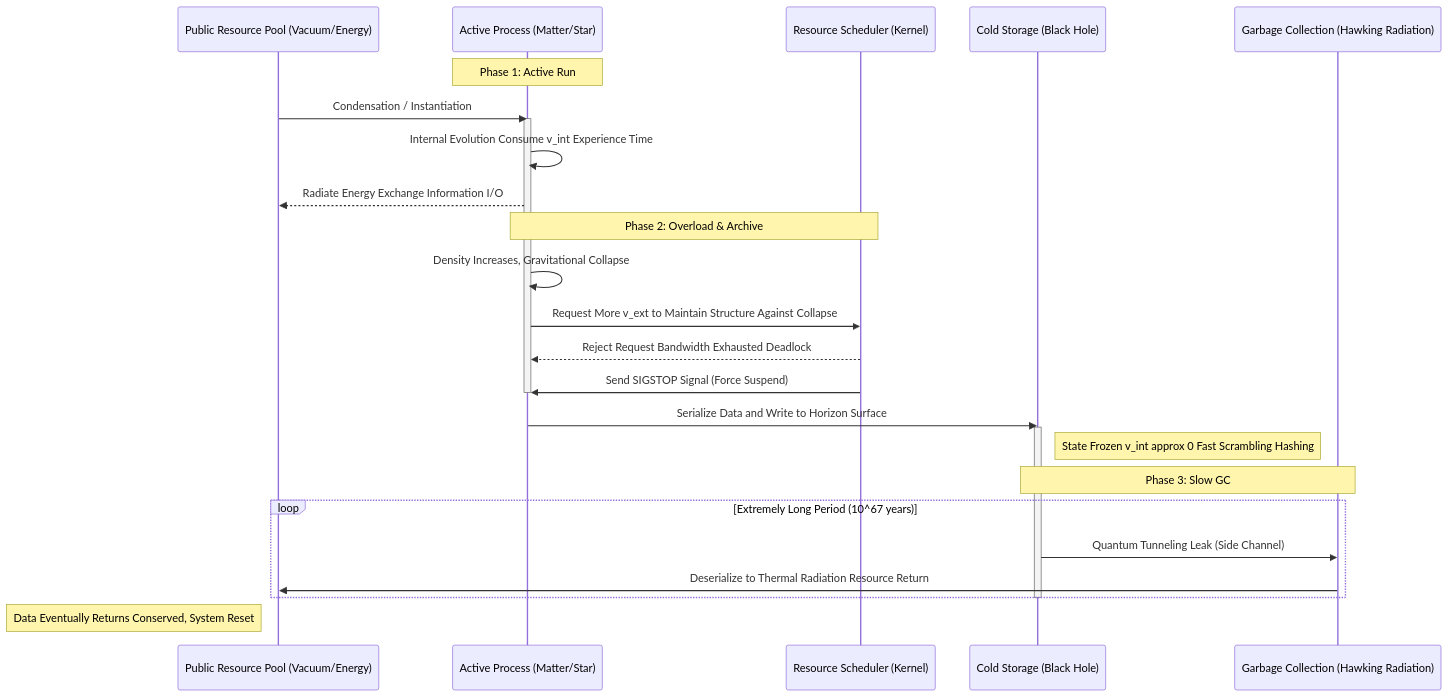
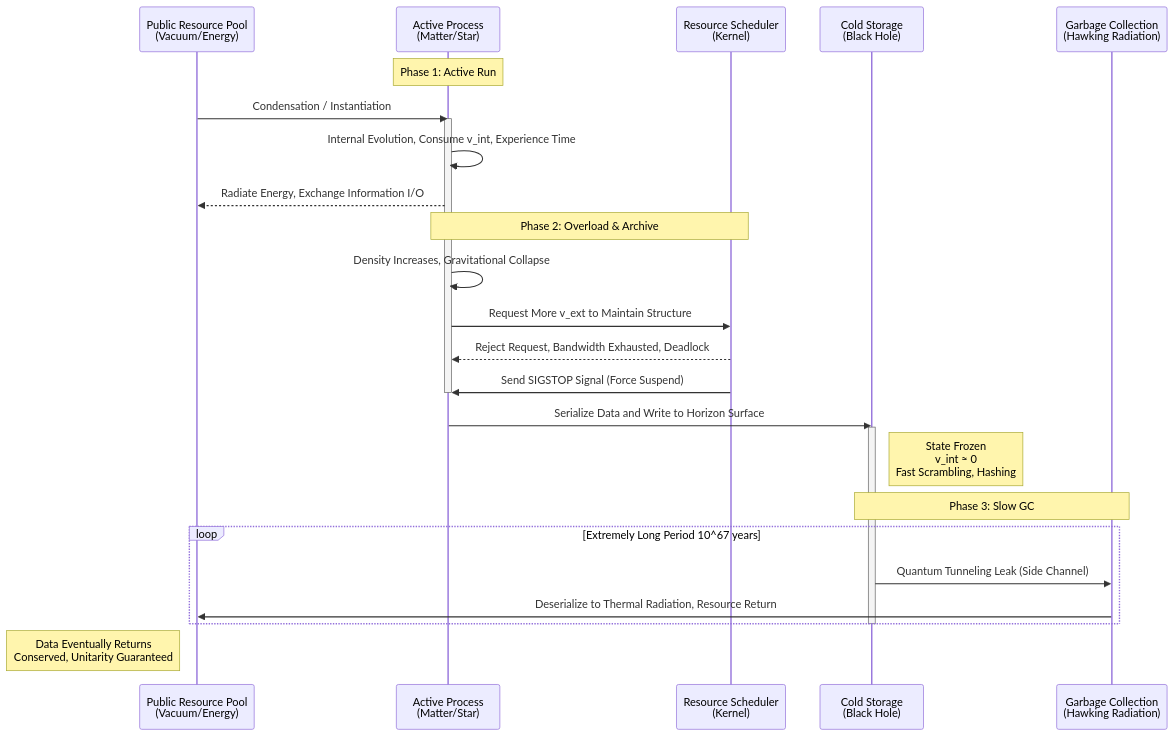
The third of 5 diagrams in docs/books/book-matrix-source-code-of-universe/appendices/appendix-e-01-the-universe-kernel-architecture-diagram_en.md (loning/the-omega), drawn with Mermaid before and after one commit. The commit also changed other lines of this file and 1 other file, not shown here.

````diff
--- a/docs/books/book-matrix-source-code-of-universe/appendices/appendix-e-01-the-universe-kernel-architecture-diagram_en.md
+++ b/docs/books/book-matrix-source-code-of-universe/appendices/appendix-e-01-the-universe-kernel-architecture-diagram_en.md
@@ -209,61 +148,32 @@
 ```mermaid
 sequenceDiagram
-
-    participant Pool as Public Resource Pool (Vacuum/Energy)
-
-    participant RAM as Active Process (Matter/Star)
-
-    participant Scheduler as Resource Scheduler (Kernel)
-
-    participant Archive as Cold Storage (Black Hole)
-
-    participant GC as Garbage Collection (Hawking Radiation)
-
-
+    participant Pool as Public Resource Pool<br/>(Vacuum/Energy)
+    participant RAM as Active Process<br/>(Matter/Star)
+    participant Scheduler as Resource Scheduler<br/>(Kernel)
+    participant Archive as Cold Storage<br/>(Black Hole)
+    participant GC as Garbage Collection<br/>(Hawking Radiation)
 
     Note over RAM: Phase 1: Active Run
-
     Pool->>RAM: Condensation / Instantiation
-
     activate RAM
-
-    RAM->>RAM: Internal Evolution Consume v_int Experience Time
-
-    RAM-->>Pool: Radiate Energy Exchange Information I/O
-
-
+    RAM->>RAM: Internal Evolution, Consume v_int, Experience Time
+    RAM-->>Pool: Radiate Energy, Exchange Information I/O
 
     Note over RAM, Scheduler: Phase 2: Overload & Archive
-
     RAM->>RAM: Density Increases, Gravitational Collapse
-
-    RAM->>Scheduler: Request More v_ext to Maintain Structure Against Collapse
-
-    Scheduler-->>RAM: Reject Request Bandwidth Exhausted Deadlock
-
+    RAM->>Scheduler: Request More v_ext to Maintain Structure
+    Scheduler-->>RAM: Reject Request, Bandwidth Exhausted, Deadlock
     Scheduler->>RAM: Send SIGSTOP Signal (Force Suspend)
-
     deactivate RAM
-
     RAM->>Archive: Serialize Data and Write to Horizon Surface
-
     activate Archive
-
-    Note right of Archive: State Frozen v_int approx 0 Fast Scrambling Hashing
-
-
+    Note right of Archive: State Frozen<br/>v_int ≈ 0<br/>Fast Scrambling, Hashing
 
     Note over Archive, GC: Phase 3: Slow GC
-
-    loop Extremely Long Period (10^67 years)
-
+    loop Extremely Long Period 10^67 years
         Archive->>GC: Quantum Tunneling Leak (Side Channel)
-
-        GC->>Pool: Deserialize to Thermal Radiation Resource Return
-
+        GC->>Pool: Deserialize to Thermal Radiation, Resource Return
     end
-
     deactivate Archive
-
-    Note left of Pool: Data Eventually Returns Conserved, System Reset
+    Note left of Pool: Data Eventually Returns<br/>Conserved, Unitarity Guaranteed
 ```
````
